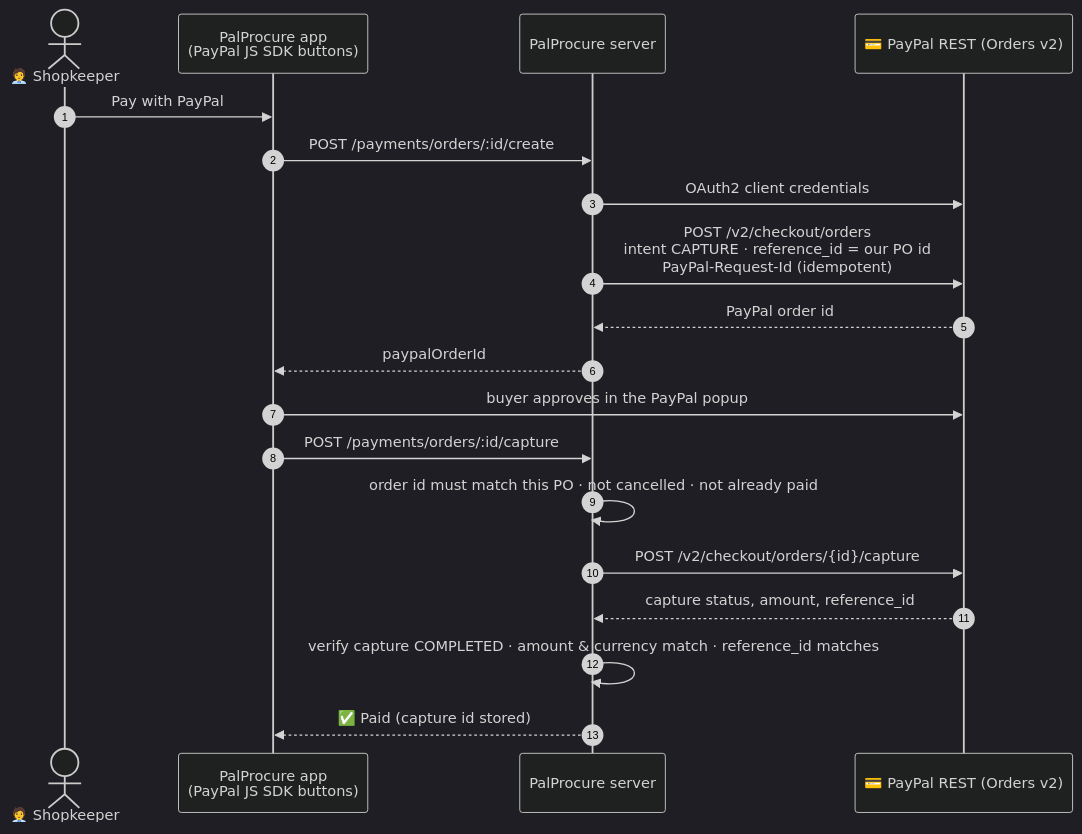
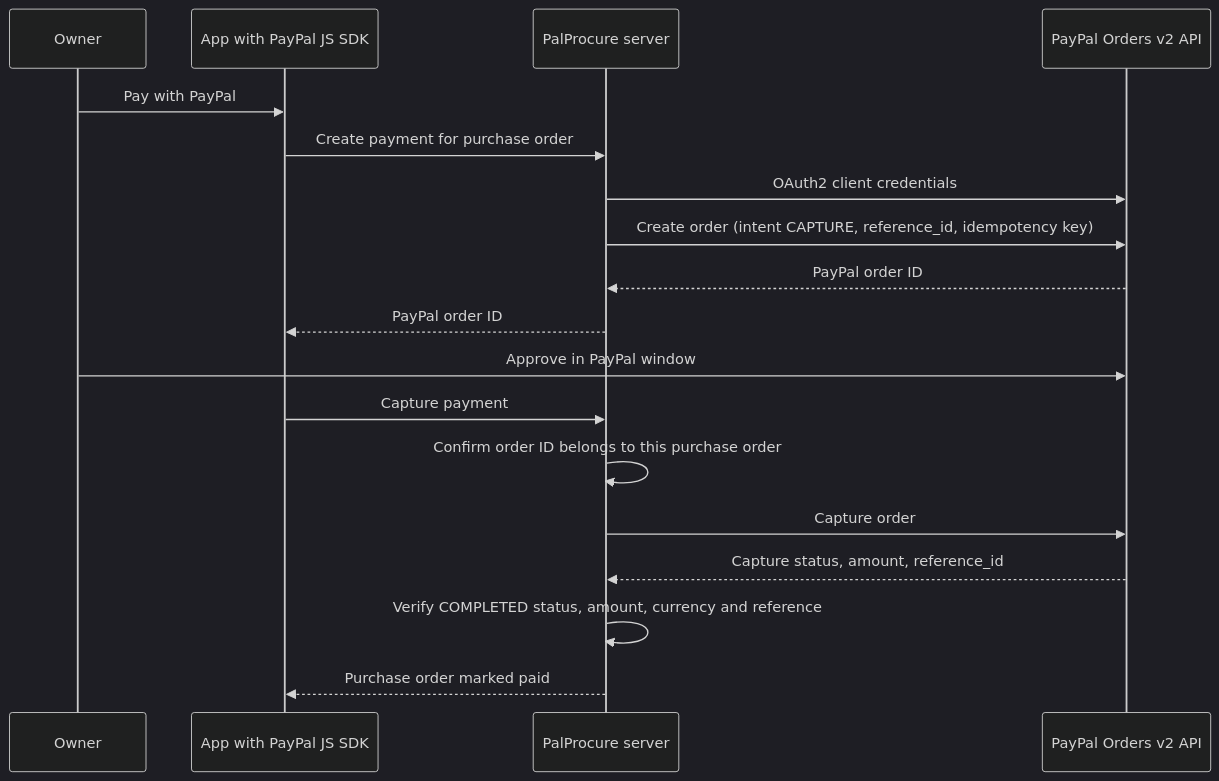
One commit to manasx0705/Paypal_Hackathon-project changed the fourth of 7 diagrams in README.md. Above: the diagram before and after it, drawn with Mermaid (dark theme). The commit also changed other lines of this file and 3 other files, not shown here.

````diff
--- a/README.md
+++ b/README.md
@@ -171,22 +165,21 @@
 ```mermaid
 sequenceDiagram
-    autonumber
-    actor V as 🧑‍💼 Shopkeeper
-    participant UI as PalProcure app<br/>(PayPal JS SDK buttons)
-    participant API as PalProcure server
-    participant PP as 💳 PayPal REST (Orders v2)
+    participant Owner
+    participant App as App with PayPal JS SDK
+    participant Server as PalProcure server
+    participant PayPal as PayPal Orders v2 API
 
-    V->>UI: Pay with PayPal
-    UI->>API: POST /payments/orders/:id/create
-    API->>PP: OAuth2 client credentials
-    API->>PP: POST /v2/checkout/orders<br/>intent CAPTURE · reference_id = our PO id<br/>PayPal-Request-Id (idempotent)
-    PP-->>API: PayPal order id
-    API-->>UI: paypalOrderId
-    UI->>PP: buyer approves in the PayPal popup
-    UI->>API: POST /payments/orders/:id/capture
-    API->>API: order id must match this PO · not cancelled · not already paid
-    API->>PP: POST /v2/checkout/orders/{id}/capture
-    PP-->>API: capture status, amount, reference_id
-    API->>API: verify capture COMPLETED · amount & currency match · reference_id matches
-    API-->>UI: ✅ Paid (capture id stored)
+    Owner->>App: Pay with PayPal
+    App->>Server: Create payment for purchase order
+    Server->>PayPal: OAuth2 client credentials
+    Server->>PayPal: Create order (intent CAPTURE, reference_id, idempotency key)
+    PayPal-->>Server: PayPal order ID
+    Server-->>App: PayPal order ID
+    Owner->>PayPal: Approve in PayPal window
+    App->>Server: Capture payment
+    Server->>Server: Confirm order ID belongs to this purchase order
+    Server->>PayPal: Capture order
+    PayPal-->>Server: Capture status, amount, reference_id
+    Server->>Server: Verify COMPLETED status, amount, currency and reference
+    Server-->>App: Purchase order marked paid
 ```
````
